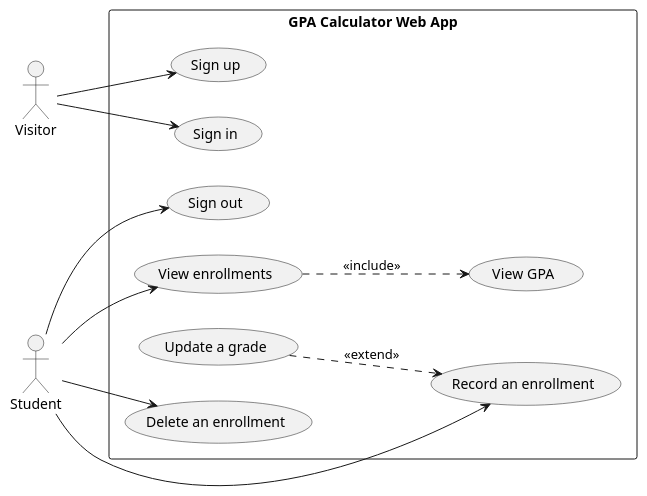
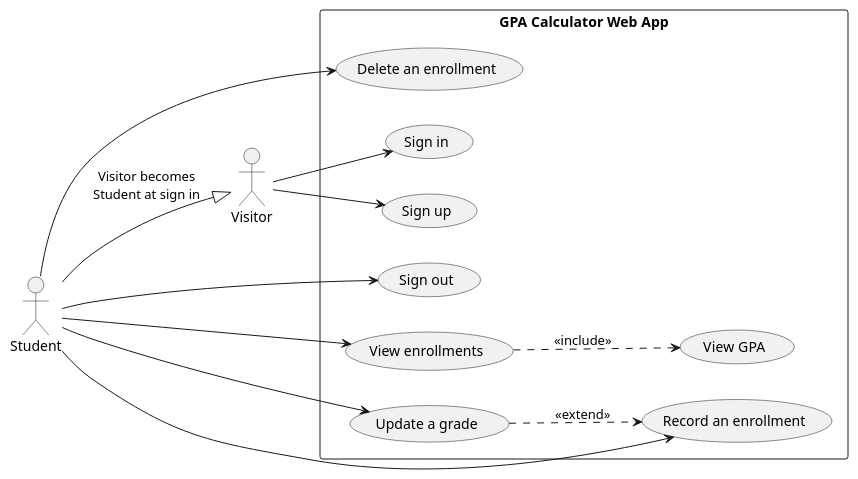
The second of 2 diagrams in .agents/skills/uml/SKILL.md (AdenPotato/CS3250-project-1), drawn with PlantUML before and after one commit. The commit also changed other lines of this file and 4 other files, not shown here.

Commit message:
CS-20 Fixed usecase diagram

````diff
--- a/.agents/skills/uml/SKILL.md
+++ b/.agents/skills/uml/SKILL.md
@@ -59,29 +59,32 @@
 ```plantuml
 @startuml use_case
 left to right direction
 
 actor Visitor
 actor Student
 
 rectangle "GPA Calculator Web App" {
   usecase UC1 as "Sign up"
   usecase UC2 as "Sign in"
   usecase UC3 as "Sign out"
   usecase UC4 as "View enrollments"
   usecase UC5 as "View GPA"
   usecase UC6 as "Record an enrollment"
   usecase UC7 as "Update a grade"
   usecase UC8 as "Delete an enrollment"
 }
 
+Student --|> Visitor : Visitor becomes\nStudent at sign in
+
 Visitor --> UC1
 Visitor --> UC2
 Student --> UC3
 Student --> UC4
 Student --> UC6
+Student --> UC7
 Student --> UC8
 
 UC4 ..> UC5 : <<include>>
 UC7 ..> UC6 : <<extend>>
 @enduml
 ```
````
